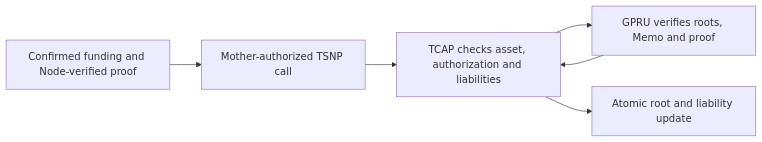
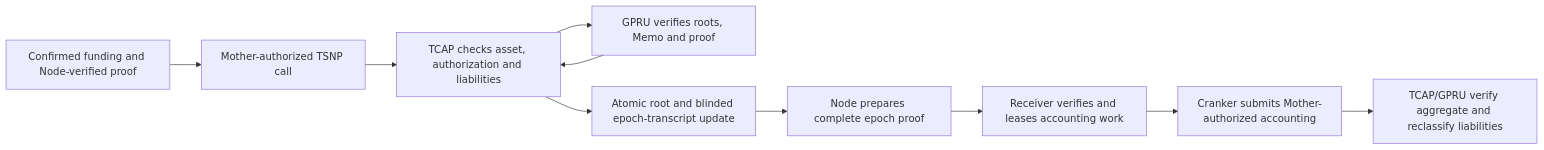
Before and after one commit to Trustlink-Labs/TSN-Protocol: the diagram in tsn-docs/developers/confidential-settlement.mdx, drawn with Mermaid. The commit also changed other lines of this file and 155 other files, not shown here.

````diff
--- a/tsn-docs/developers/confidential-settlement.mdx
+++ b/tsn-docs/developers/confidential-settlement.mdx
@@ -9,8 +9,12 @@
 ```mermaid
 flowchart LR
     I[Confirmed funding and Node-verified proof] --> A[Mother-authorized TSNP call]
     A --> T[TCAP checks asset, authorization and liabilities]
     T --> G[GPRU verifies roots, Memo and proof]
     G --> T
-    T --> S[Atomic root and liability update]
+    T --> S[Atomic root and blinded epoch-transcript update]
+    S --> E[Node prepares complete epoch proof]
+    E --> R[Receiver verifies and leases accounting work]
+    R --> K[Cranker submits Mother-authorized accounting]
+    K --> Q[TCAP/GPRU verify aggregate and reclassify liabilities]
 ```
````
